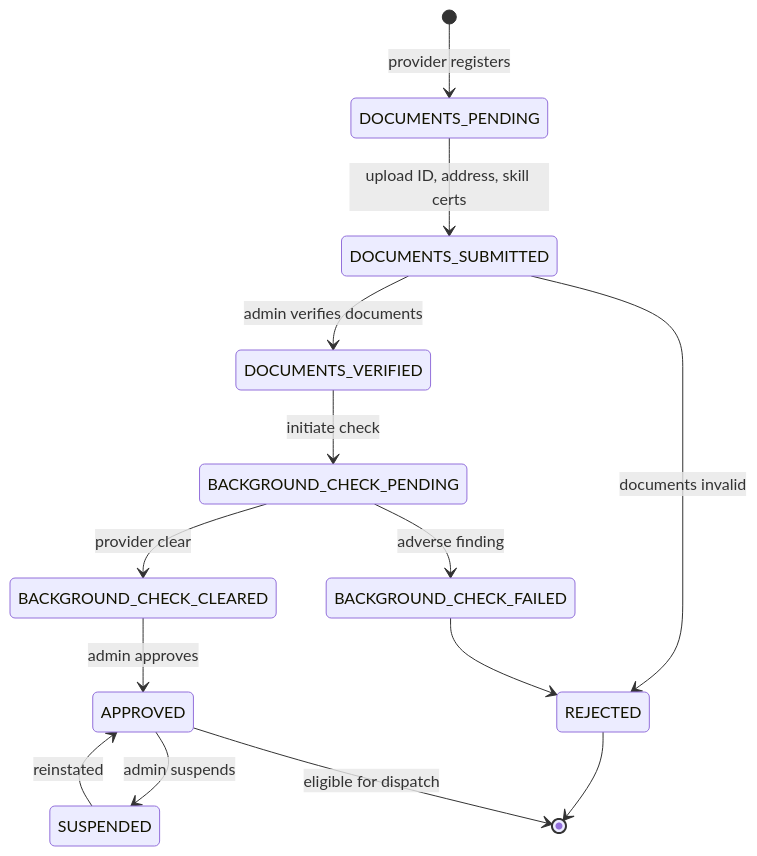
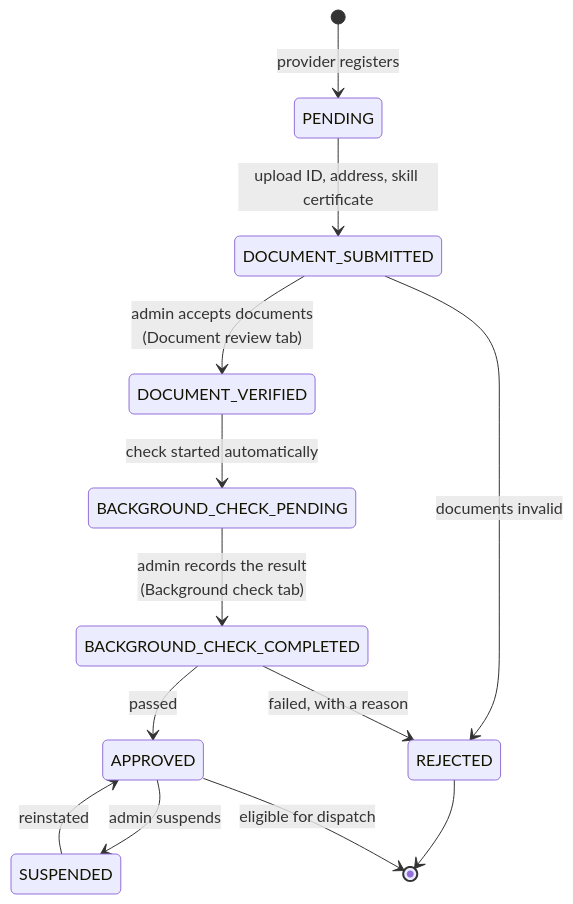
The tenth of 29 diagrams in docs/ARCHITECTURE.md (KripaGIT009/home-fix), drawn with Mermaid before and after one commit. The commit also changed other lines of this file and 198 other files, not shown here.

````diff
--- a/docs/ARCHITECTURE.md
+++ b/docs/ARCHITECTURE.md
@@ -493,16 +502,15 @@
 ```mermaid
 stateDiagram-v2
-    [*] --> DOCUMENTS_PENDING: provider registers
-    DOCUMENTS_PENDING --> DOCUMENTS_SUBMITTED: upload ID, address, skill certs
-    DOCUMENTS_SUBMITTED --> DOCUMENTS_VERIFIED: admin verifies documents
-    DOCUMENTS_SUBMITTED --> REJECTED: documents invalid
-    DOCUMENTS_VERIFIED --> BACKGROUND_CHECK_PENDING: initiate check
-    BACKGROUND_CHECK_PENDING --> BACKGROUND_CHECK_CLEARED: provider clear
-    BACKGROUND_CHECK_PENDING --> BACKGROUND_CHECK_FAILED: adverse finding
-    BACKGROUND_CHECK_CLEARED --> APPROVED: admin approves
-    BACKGROUND_CHECK_FAILED --> REJECTED
+    [*] --> PENDING: provider registers
+    PENDING --> DOCUMENT_SUBMITTED: upload ID, address, skill certificate
+    DOCUMENT_SUBMITTED --> DOCUMENT_VERIFIED: admin accepts documents<br/>(Document review tab)
+    DOCUMENT_SUBMITTED --> REJECTED: documents invalid
+    DOCUMENT_VERIFIED --> BACKGROUND_CHECK_PENDING: check started automatically
+    BACKGROUND_CHECK_PENDING --> BACKGROUND_CHECK_COMPLETED: admin records the result<br/>(Background check tab)
+    BACKGROUND_CHECK_COMPLETED --> APPROVED: passed
+    BACKGROUND_CHECK_COMPLETED --> REJECTED: failed, with a reason
     APPROVED --> SUSPENDED: admin suspends
     SUSPENDED --> APPROVED: reinstated
     REJECTED --> [*]
     APPROVED --> [*]: eligible for dispatch
 ```
````
